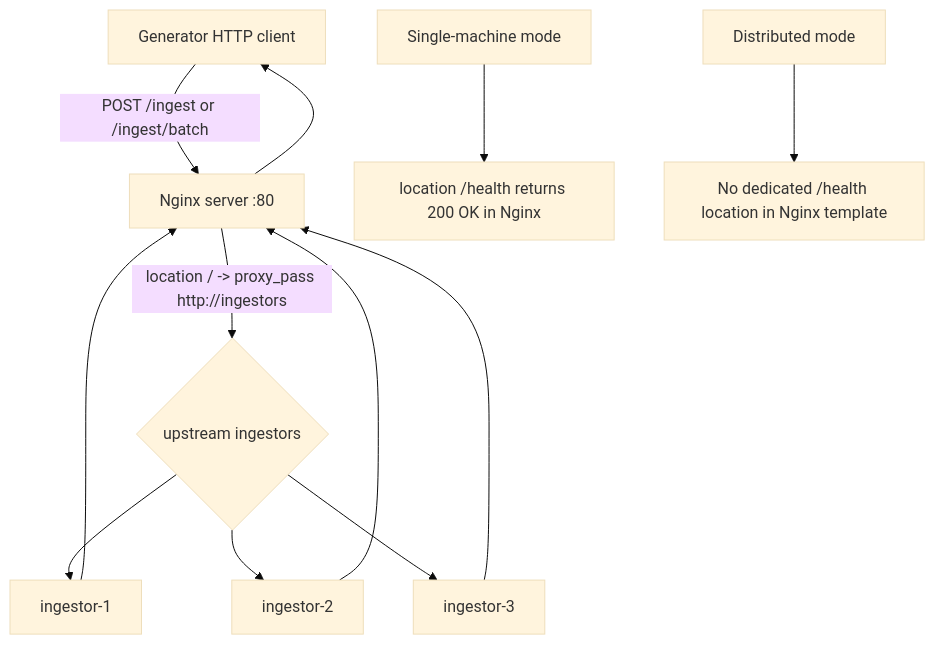
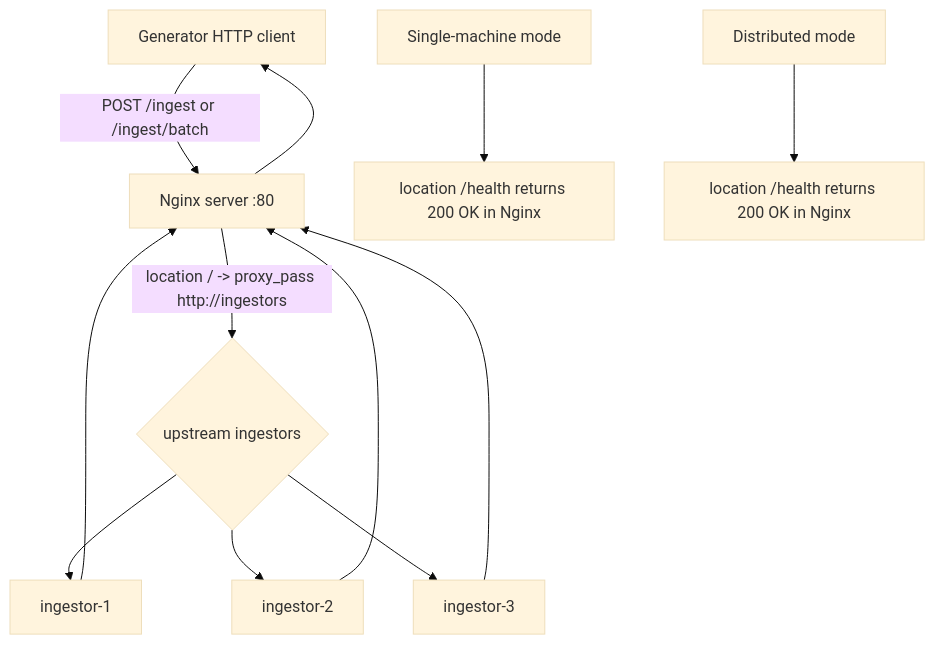
The diagram in infra/nginx/EXPLANATION.md (YBIGTA/27th-DE-WinterProject), drawn with Mermaid (base theme) before and after one commit. The commit also changed other lines of this file and 8 other files, not shown here.

````diff
--- a/infra/nginx/EXPLANATION.md
+++ b/infra/nginx/EXPLANATION.md
@@ -28,15 +28,15 @@
 ```mermaid
 flowchart TD
     G[Generator HTTP client] -->|POST /ingest or /ingest/batch| N[Nginx server :80]
     N -->|location / -> proxy_pass http://ingestors| U{upstream ingestors}
     U --> I1[ingestor-1]
     U --> I2[ingestor-2]
     U --> I3[ingestor-3]
     I1 --> N
     I2 --> N
     I3 --> N
     N --> G
 
     E1[Single-machine mode] --> H1[location /health returns 200 OK in Nginx]
-    E2[Distributed mode] --> H2[No dedicated /health location in Nginx template]
+    E2[Distributed mode] --> H2[location /health returns 200 OK in Nginx]
 ```
````
